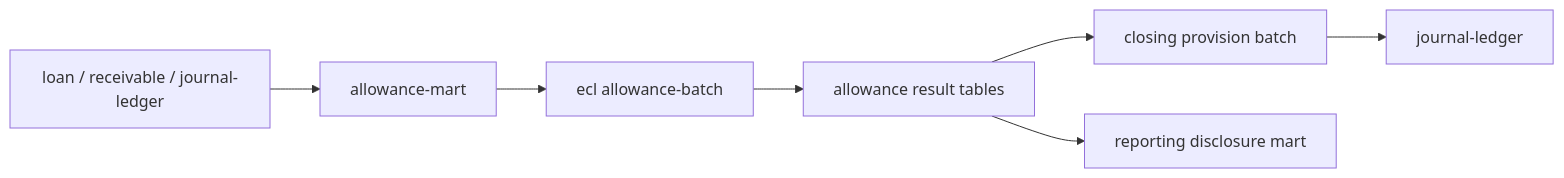
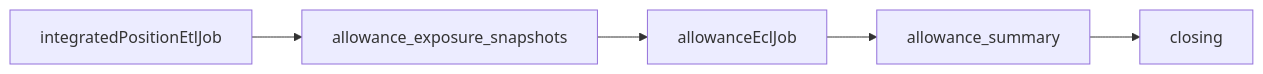
One commit to skyg547/account changed the diagram in docs/allowance-ecl-refocus-plan.md. Above: the diagram before and after it, drawn with Mermaid. The commit also changed other lines of this file and 299 other files, not shown here.

````diff
--- a/docs/allowance-ecl-refocus-plan.md
+++ b/docs/allowance-ecl-refocus-plan.md
@@ -71,9 +13,7 @@
 ```mermaid
 flowchart LR
-    LOAN[loan / receivable / journal-ledger] --> MART[allowance-mart]
-    MART --> ECL[ecl allowance-batch]
-    ECL --> RESULT[allowance result tables]
-    RESULT --> CLOSING[closing provision batch]
-    CLOSING --> JOURNAL[journal-ledger]
-    RESULT --> REPORTING[reporting disclosure mart]
+    MART[integratedPositionEtlJob] --> SNAP[allowance_exposure_snapshots]
+    SNAP --> ECL[allowanceEclJob]
+    ECL --> SUM[allowance_summary]
+    SUM --> CLOSING[closing]
 ```
````
